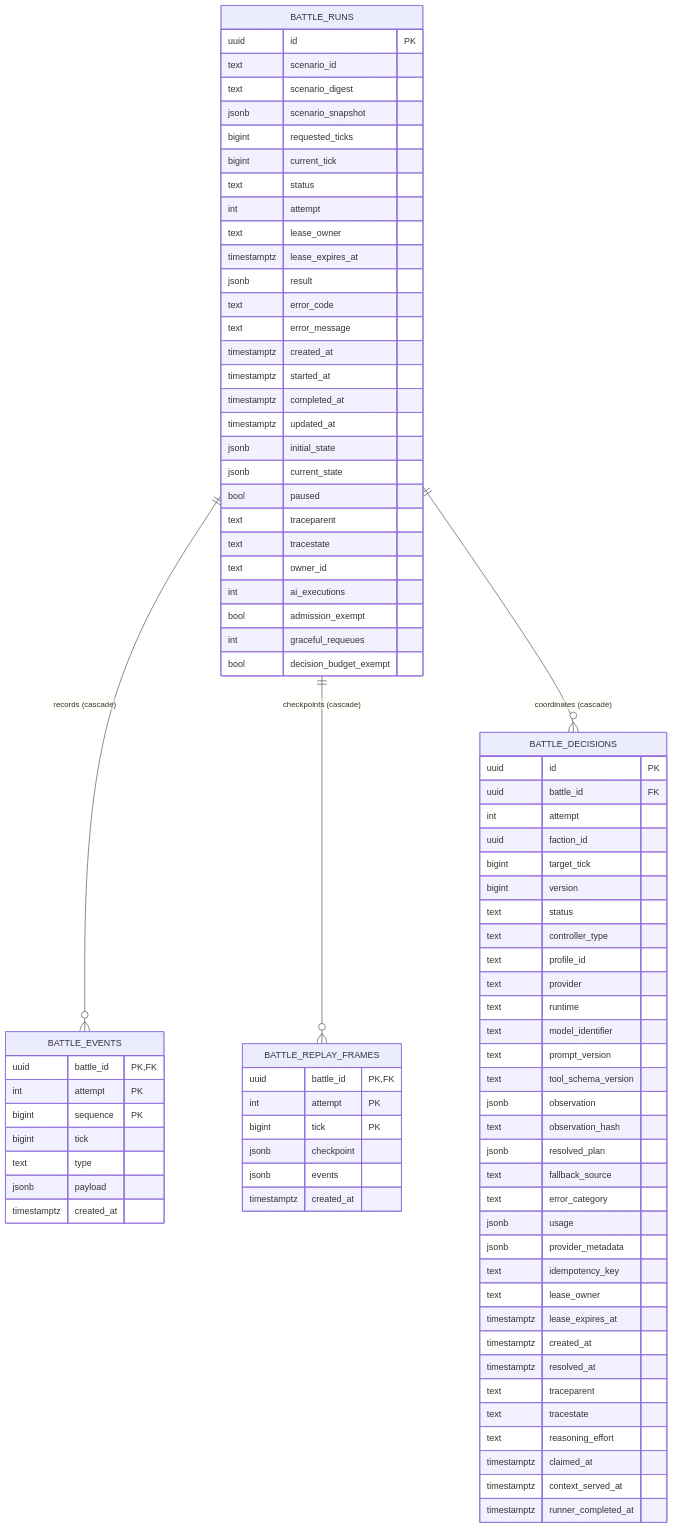
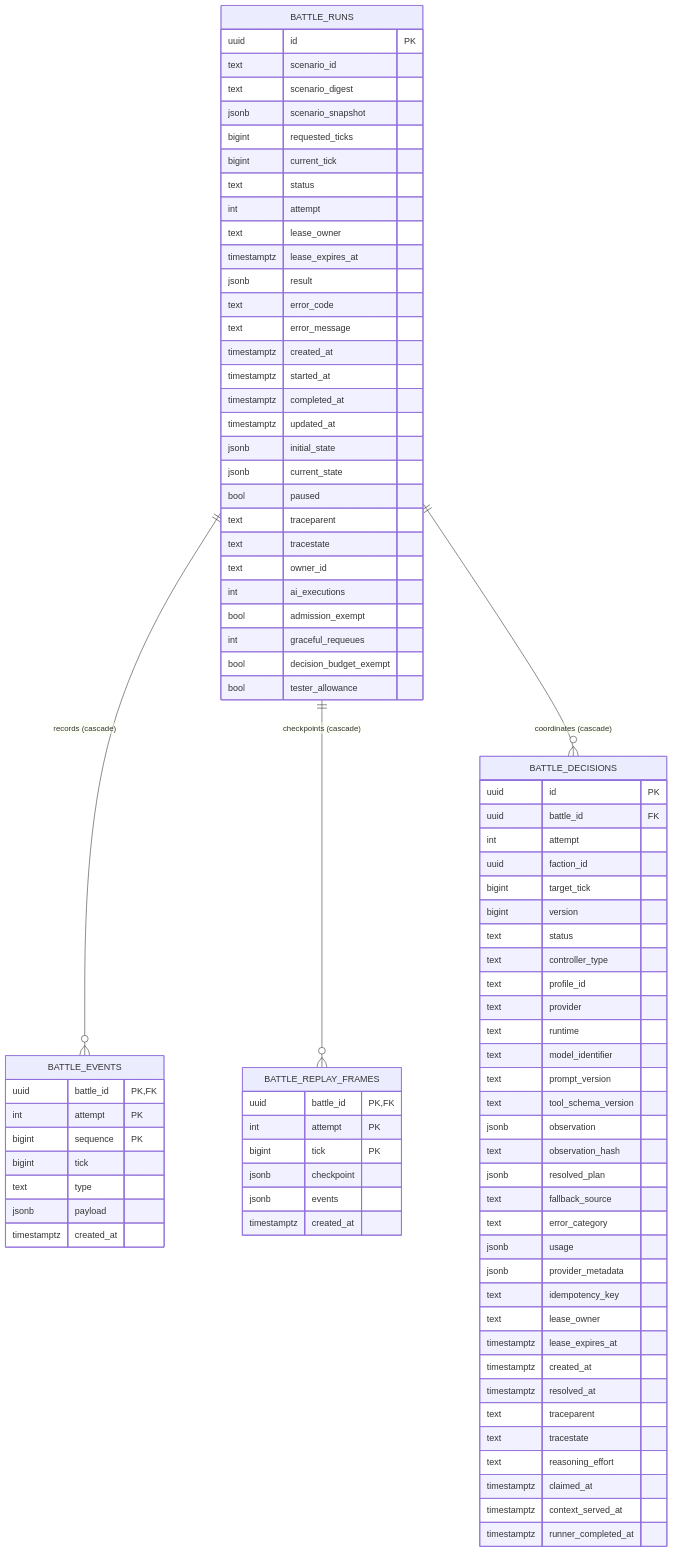
One commit to twhAuto/autonomous_battlefield changed the first of 4 diagrams in docs/architecture/database.md. Above: the diagram before and after it, drawn with Mermaid. The commit also changed other lines of this file and 8 other files, not shown here.

```diff
--- a/docs/architecture/database.md
+++ b/docs/architecture/database.md
@@ -113,6 +113,7 @@
         bool admission_exempt
         int graceful_requeues
         bool decision_budget_exempt
+        bool tester_allowance
     }
     BATTLE_EVENTS {
         uuid battle_id PK,FK
```
